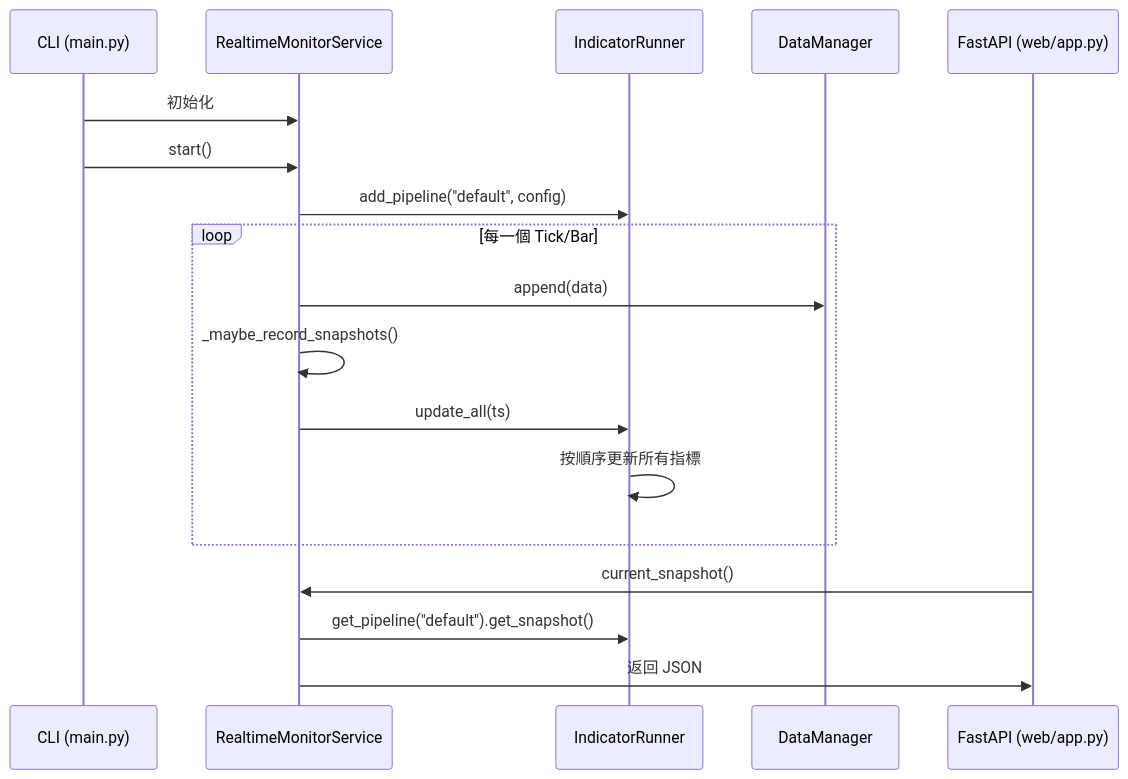
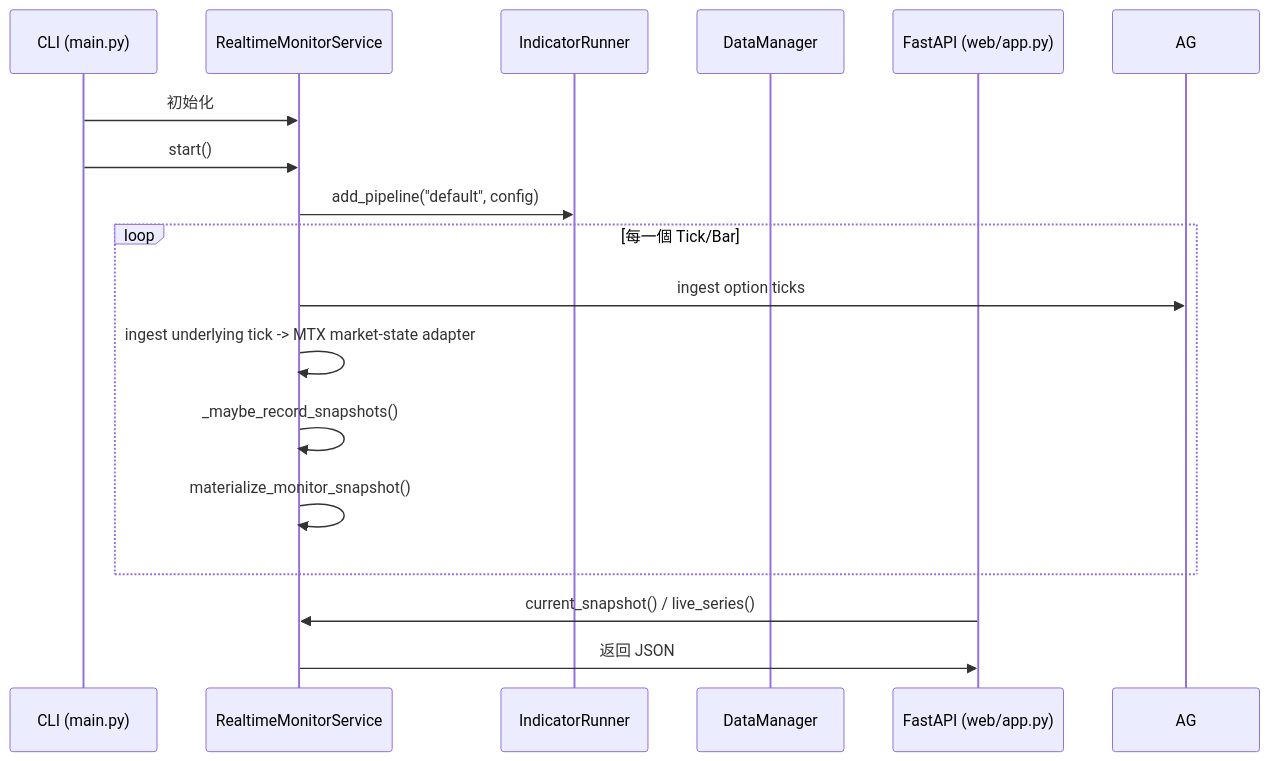
One commit to Tu-Szu-Chi/247_strategy changed the second of 2 diagrams in docs/ARCHITECTURE.md. Above: the diagram before and after it, drawn with Mermaid. The commit also changed other lines of this file and 135 other files, not shown here.

````diff
--- a/docs/ARCHITECTURE.md
+++ b/docs/ARCHITECTURE.md
@@ -59,21 +71,20 @@
 ```mermaid
 sequenceDiagram
     participant CLI as CLI (main.py)
     participant RMS as RealtimeMonitorService
     participant IR as IndicatorRunner
     participant DM as DataManager
     participant APP as FastAPI (web/app.py)
 
     CLI->>RMS: 初始化
     CLI->>RMS: start()
     RMS->>IR: add_pipeline("default", config)
     loop 每一個 Tick/Bar
-        RMS->>DM: append(data)
+        RMS->>AG: ingest option ticks
+        RMS->>RMS: ingest underlying tick -> MTX market-state adapter
         RMS->>RMS: _maybe_record_snapshots()
-        RMS->>IR: update_all(ts)
-        IR->>IR: 按順序更新所有指標
+        RMS->>RMS: materialize_monitor_snapshot()
     end
-    APP->>RMS: current_snapshot()
-    RMS->>IR: get_pipeline("default").get_snapshot()
+    APP->>RMS: current_snapshot() / live_series()
     RMS->>APP: 返回 JSON
 ```
````
